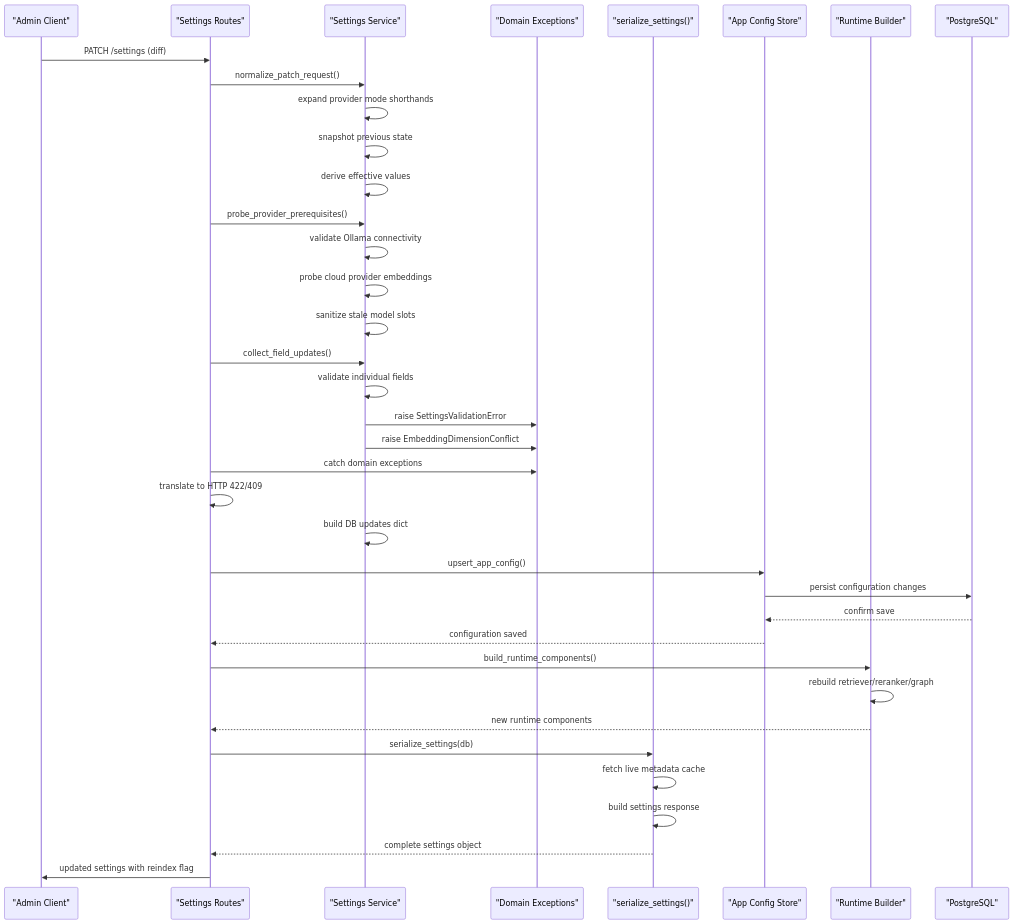
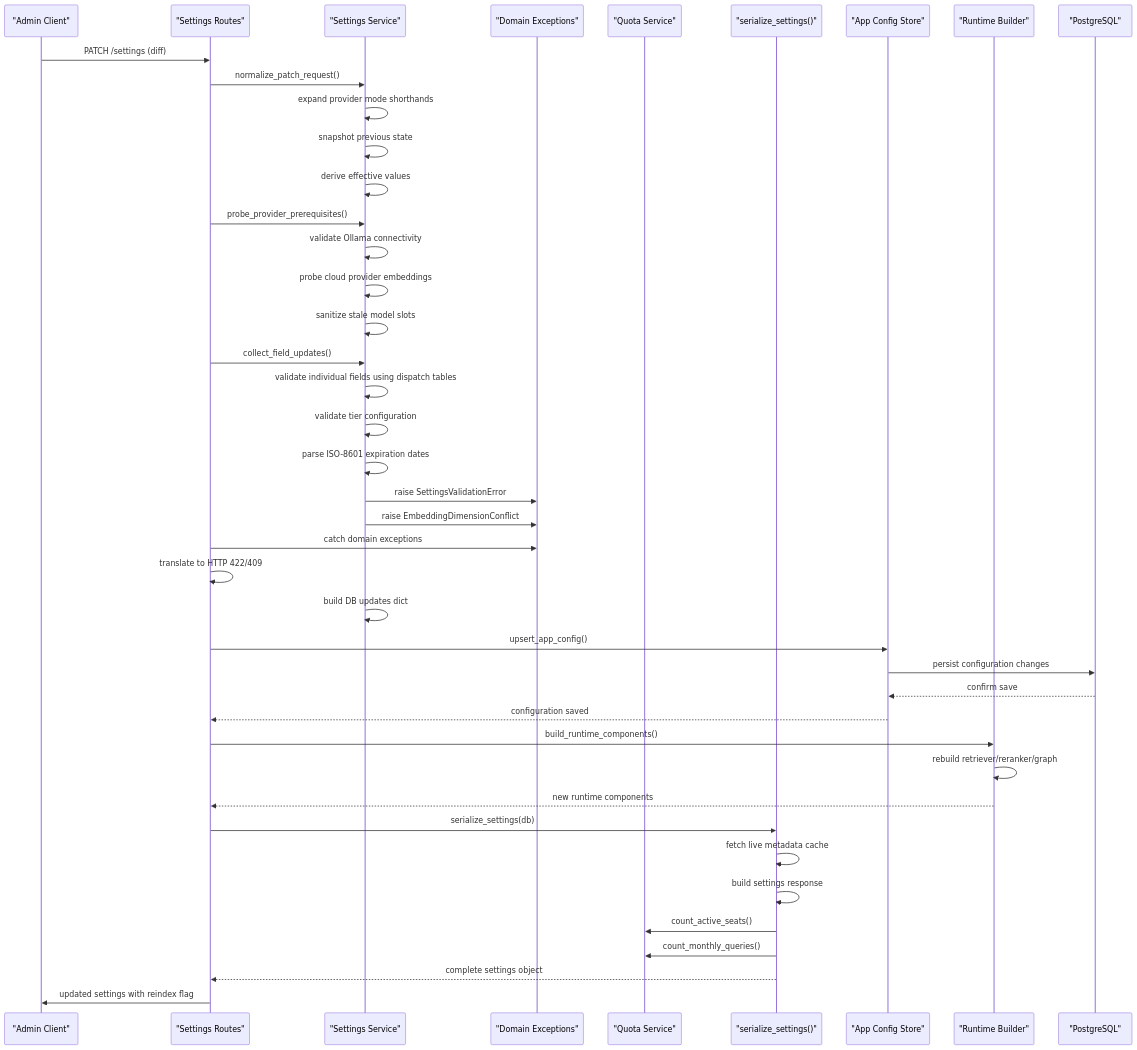
Before and after one commit to genes8/private-ai: the second of 10 diagrams in .qoder/repowiki/en/content/Backend Development/Settings Management System.md, drawn with Mermaid. The commit also changed other lines of this file and 101 other files, not shown here.

````diff
--- a/.qoder/repowiki/en/content/Backend Development/Settings Management System.md
+++ b/.qoder/repowiki/en/content/Backend Development/Settings Management System.md
@@ -149,39 +159,44 @@
 ```mermaid
 sequenceDiagram
 participant Client as "Admin Client"
 participant API as "Settings Routes"
 participant Service as "Settings Service"
 participant Exceptions as "Domain Exceptions"
+participant Quota as "Quota Service"
 participant Serialize as "serialize_settings()"
 participant Config as "App Config Store"
 participant Runtime as "Runtime Builder"
 participant DB as "PostgreSQL"
 Client->>API : PATCH /settings (diff)
 API->>Service : normalize_patch_request()
 Service->>Service : expand provider mode shorthands
 Service->>Service : snapshot previous state
 Service->>Service : derive effective values
 API->>Service : probe_provider_prerequisites()
 Service->>Service : validate Ollama connectivity
 Service->>Service : probe cloud provider embeddings
 Service->>Service : sanitize stale model slots
 API->>Service : collect_field_updates()
-Service->>Service : validate individual fields
+Service->>Service : validate individual fields using dispatch tables
+Service->>Service : validate tier configuration
+Service->>Service : parse ISO-8601 expiration dates
 Service->>Exceptions : raise SettingsValidationError
 Service->>Exceptions : raise EmbeddingDimensionConflict
 API->>Exceptions : catch domain exceptions
 API->>API : translate to HTTP 422/409
 Service->>Service : build DB updates dict
 API->>Config : upsert_app_config()
 Config->>DB : persist configuration changes
 DB-->>Config : confirm save
 Config-->>API : configuration saved
 API->>Runtime : build_runtime_components()
 Runtime->>Runtime : rebuild retriever/reranker/graph
 Runtime-->>API : new runtime components
 API->>Serialize : serialize_settings(db)
 Serialize->>Serialize : fetch live metadata cache
 Serialize->>Serialize : build settings response
+Serialize->>Quota : count_active_seats()
+Serialize->>Quota : count_monthly_queries()
 Serialize-->>API : complete settings object
 API->>Client : updated settings with reindex flag
 ```
````
